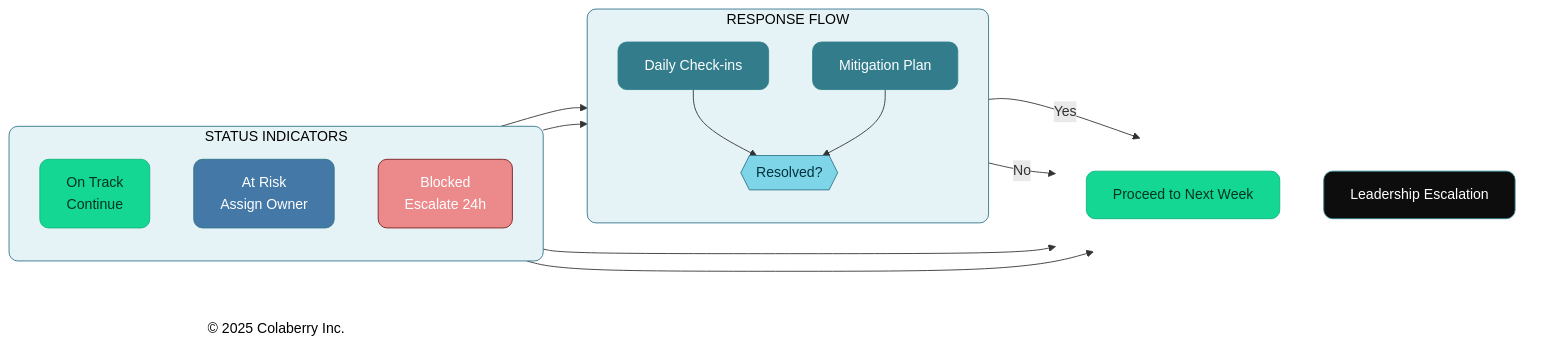
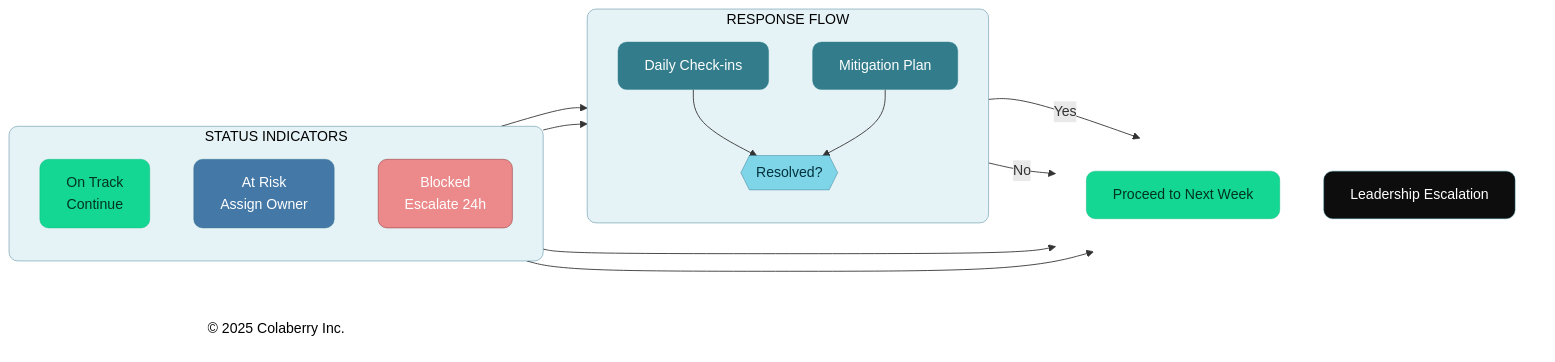
Before and after one commit to saitejesh-cyber/trust-before-intelligence-book: the third of 7 diagrams in manuscript/11_chapter_10_week_by_week_implementation.md, drawn with Mermaid. The commit also changed other lines of this file and 12 other files, not shown here.

Commit message:
Update stroke width to 0.5px instead of 1px to all the diagrams

````diff
--- a/manuscript/11_chapter_10_week_by_week_implementation.md
+++ b/manuscript/11_chapter_10_week_by_week_implementation.md
@@ -226,48 +226,48 @@
 ```mermaid
 
 graph LR
     subgraph STATUS["STATUS INDICATORS"]
         direction TB
         GREEN["On Track<br/>Continue"]
         YELLOW["At Risk<br/>Assign Owner"]
         RED["Blocked<br/>Escalate 24h"]
     end
     
     subgraph ACTIONS["RESPONSE FLOW"]
         direction TB
         R1["Daily Check-ins"]
         R2["Mitigation Plan"]
         RESOLVED{{"Resolved?"}}
         R1 --> RESOLVED
         R2 --> RESOLVED
     end
     
     subgraph OUTCOMES[" "]
         direction TB
         CONTINUE["Proceed to Next Week"]
         ESCALATE["Leadership Escalation"]
     end
     
     Copyright["© 2025 Colaberry Inc."]
     
     GREEN --> CONTINUE
     YELLOW --> R1
     YELLOW --> R2
     RED --> ESCALATE
     RESOLVED -->|"Yes"| CONTINUE
     RESOLVED -->|"No"| ESCALATE
     
-    style STATUS fill:#E6F3F6,stroke:#32738C,stroke-width:1px,color:#000000,rx:10,ry:10
-    style ACTIONS fill:#E6F3F6,stroke:#32738C,stroke-width:1px,color:#000000,rx:10,ry:10
+    style STATUS fill:#E6F3F6,stroke:#32738C,stroke-width:0.5px,color:#000000,rx:10,ry:10
+    style ACTIONS fill:#E6F3F6,stroke:#32738C,stroke-width:0.5px,color:#000000,rx:10,ry:10
     style OUTCOMES fill:none,stroke:none,rx:10,ry:10
-    style GREEN fill:#14D793,stroke:#0FB67D,stroke-width:1px,color:#003322,rx:10,ry:10
-    style YELLOW fill:#4478A6,stroke:#32738C,stroke-width:1px,color:#ffffff,rx:10,ry:10
-    style RED fill:#EB898B,stroke:#7A1F22,stroke-width:1px,color:#ffffff,rx:10,ry:10
-    style R1 fill:#327C8C,stroke:#30838C,stroke-width:1px,color:#ffffff,rx:10,ry:10
-    style R2 fill:#327C8C,stroke:#30838C,stroke-width:1px,color:#ffffff,rx:10,ry:10
-    style RESOLVED fill:#7FD5E8,stroke:#32738C,stroke-width:1px,color:#00323D,rx:10,ry:10
-    style CONTINUE fill:#14D793,stroke:#0FB67D,stroke-width:1px,color:#003322,rx:10,ry:10
-    style ESCALATE fill:#0D0D0D,stroke:#30838C,stroke-width:1px,color:#ffffff,rx:10,ry:10
+    style GREEN fill:#14D793,stroke:#0FB67D,stroke-width:0.5px,color:#003322,rx:10,ry:10
+    style YELLOW fill:#4478A6,stroke:#32738C,stroke-width:0.5px,color:#ffffff,rx:10,ry:10
+    style RED fill:#EB898B,stroke:#7A1F22,stroke-width:0.5px,color:#ffffff,rx:10,ry:10
+    style R1 fill:#327C8C,stroke:#30838C,stroke-width:0.5px,color:#ffffff,rx:10,ry:10
+    style R2 fill:#327C8C,stroke:#30838C,stroke-width:0.5px,color:#ffffff,rx:10,ry:10
+    style RESOLVED fill:#7FD5E8,stroke:#32738C,stroke-width:0.5px,color:#00323D,rx:10,ry:10
+    style CONTINUE fill:#14D793,stroke:#0FB67D,stroke-width:0.5px,color:#003322,rx:10,ry:10
+    style ESCALATE fill:#0D0D0D,stroke:#30838C,stroke-width:0.5px,color:#ffffff,rx:10,ry:10
     style Copyright fill:none,stroke:none,color:#000000
 
 ```
````
